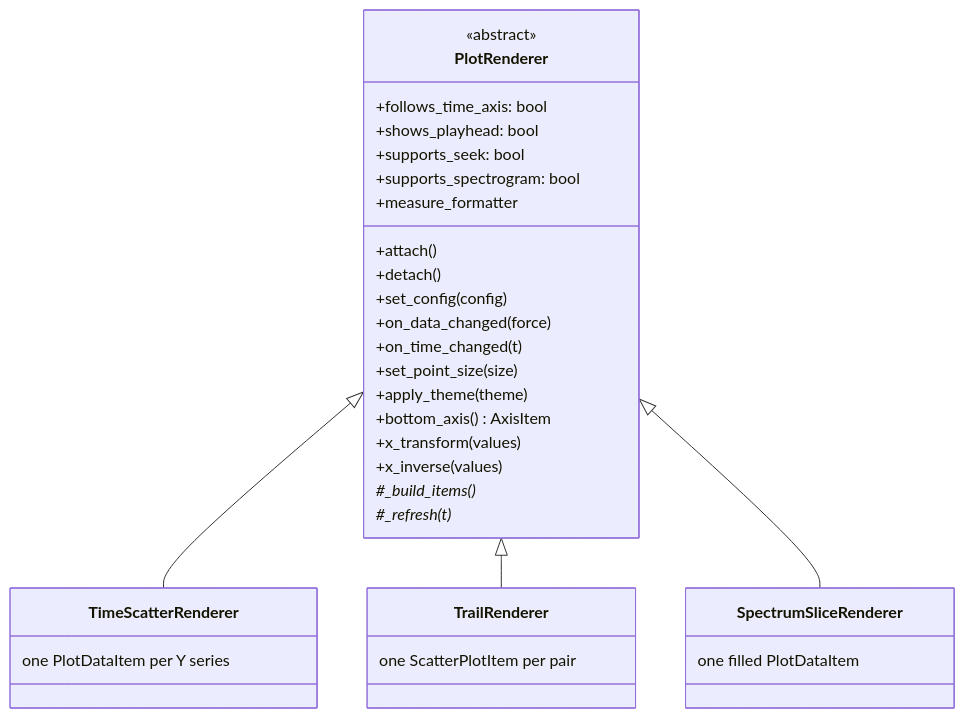
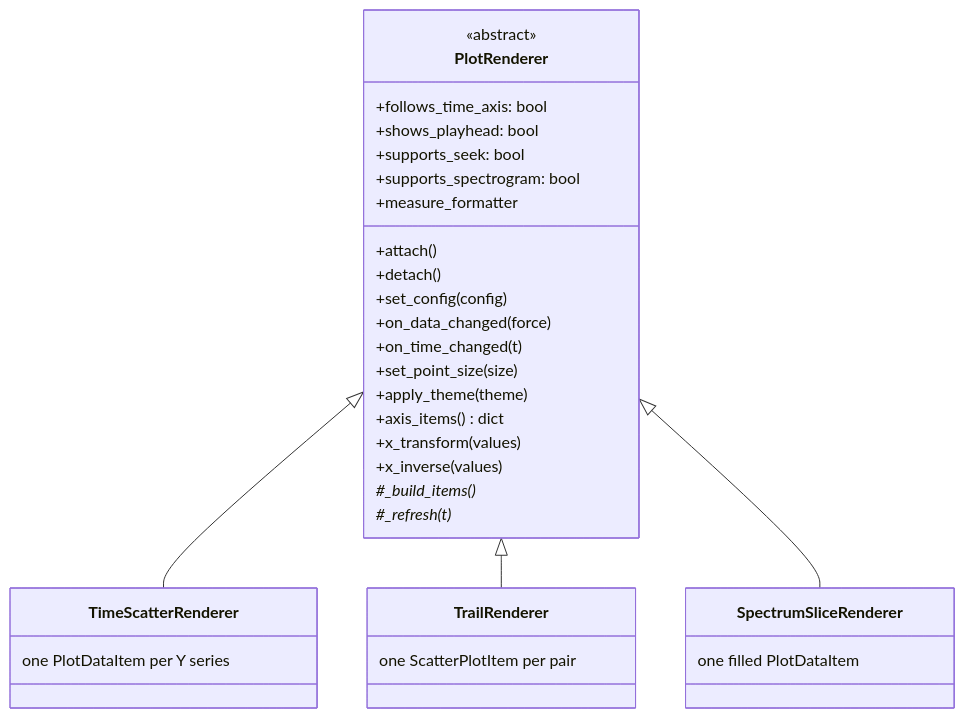
The first of 2 diagrams in src/ui/plot/renderers/README.md (fabstr/voicevis), drawn with Mermaid before and after one commit. The commit also changed other lines of this file and 19 other files, not shown here.

````diff
--- a/src/ui/plot/renderers/README.md
+++ b/src/ui/plot/renderers/README.md
@@ -9,36 +9,36 @@
 ```mermaid
 classDiagram
     class PlotRenderer {
         <<abstract>>
         +follows_time_axis: bool
         +shows_playhead: bool
         +supports_seek: bool
         +supports_spectrogram: bool
         +measure_formatter
         +attach()
         +detach()
         +set_config(config)
         +on_data_changed(force)
         +on_time_changed(t)
         +set_point_size(size)
         +apply_theme(theme)
-        +bottom_axis() AxisItem
+        +axis_items() dict
         +x_transform(values)
         +x_inverse(values)
         #_build_items()*
         #_refresh(t)*
     }
     PlotRenderer <|-- TimeScatterRenderer
     PlotRenderer <|-- TrailRenderer
     PlotRenderer <|-- SpectrumSliceRenderer
 
     class TimeScatterRenderer {
         one PlotDataItem per Y series
     }
     class TrailRenderer {
         one ScatterPlotItem per pair
     }
     class SpectrumSliceRenderer {
         one filled PlotDataItem
     }
 ```
````
